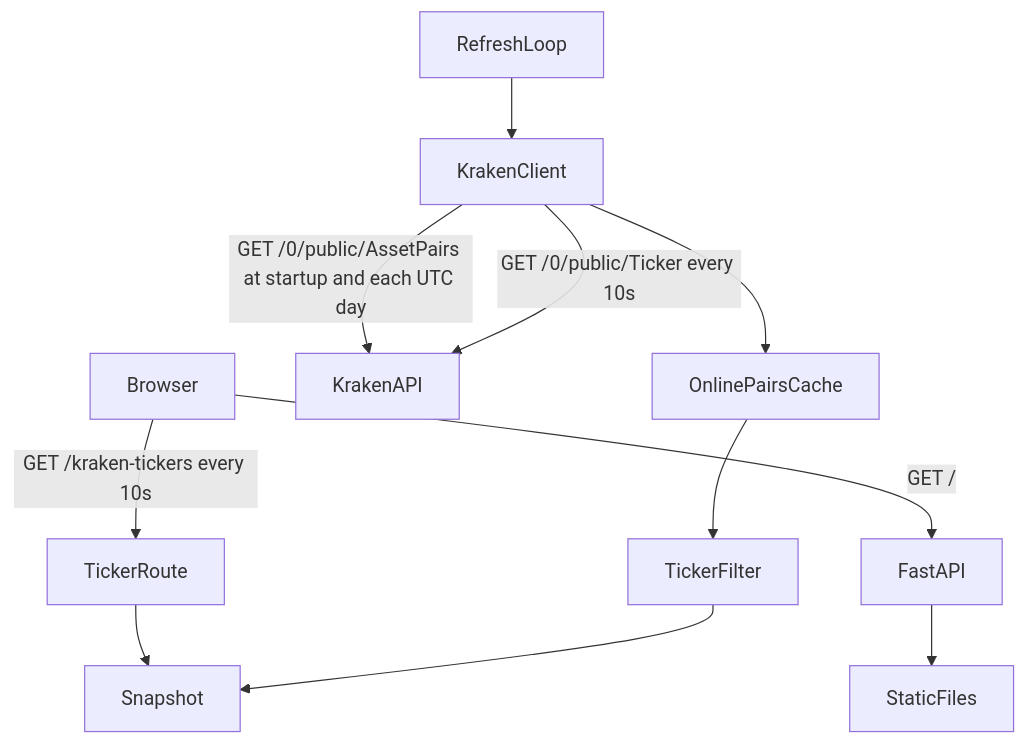
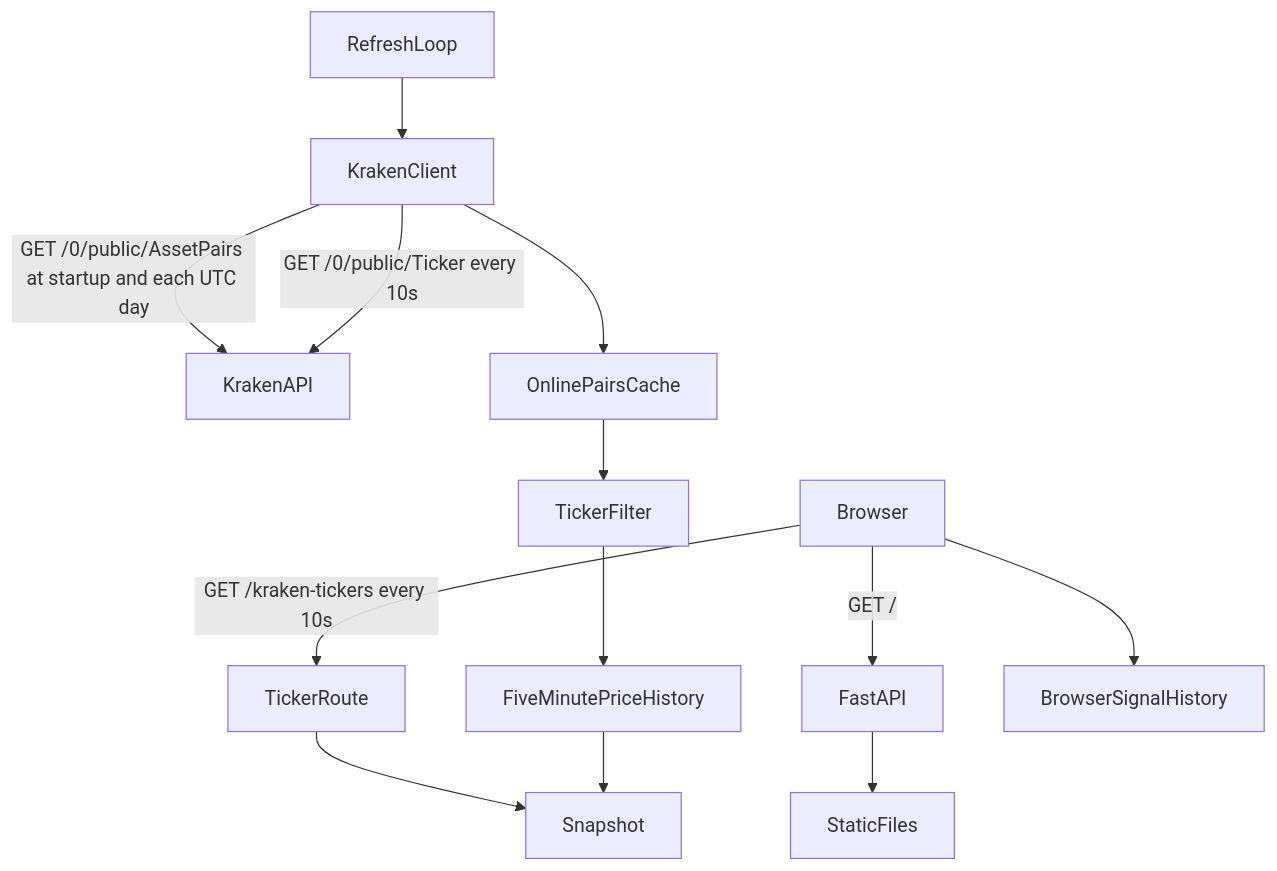
Before and after one commit to Ondrej-Stalmach/kraken-fastapi-spot-radar: the diagram in docs/architecture.md, drawn with Mermaid. The commit also changed other lines of this file and 6 other files, not shown here.

Commit message:
Add five-minute market signals and history

````diff
--- a/docs/architecture.md
+++ b/docs/architecture.md
@@ -9,13 +9,15 @@
 ```mermaid
 flowchart TD
     Browser -->|GET /| FastAPI
     FastAPI --> StaticFiles
     Browser -->|GET /kraken-tickers every 10s| TickerRoute
     TickerRoute --> Snapshot
     RefreshLoop --> KrakenClient
     KrakenClient -->|GET /0/public/AssetPairs at startup and each UTC day| KrakenAPI
     KrakenClient --> OnlinePairsCache
     KrakenClient -->|GET /0/public/Ticker every 10s| KrakenAPI
     OnlinePairsCache --> TickerFilter
-    TickerFilter --> Snapshot
+    TickerFilter --> FiveMinutePriceHistory
+    FiveMinutePriceHistory --> Snapshot
+    Browser --> BrowserSignalHistory
 ```
````
